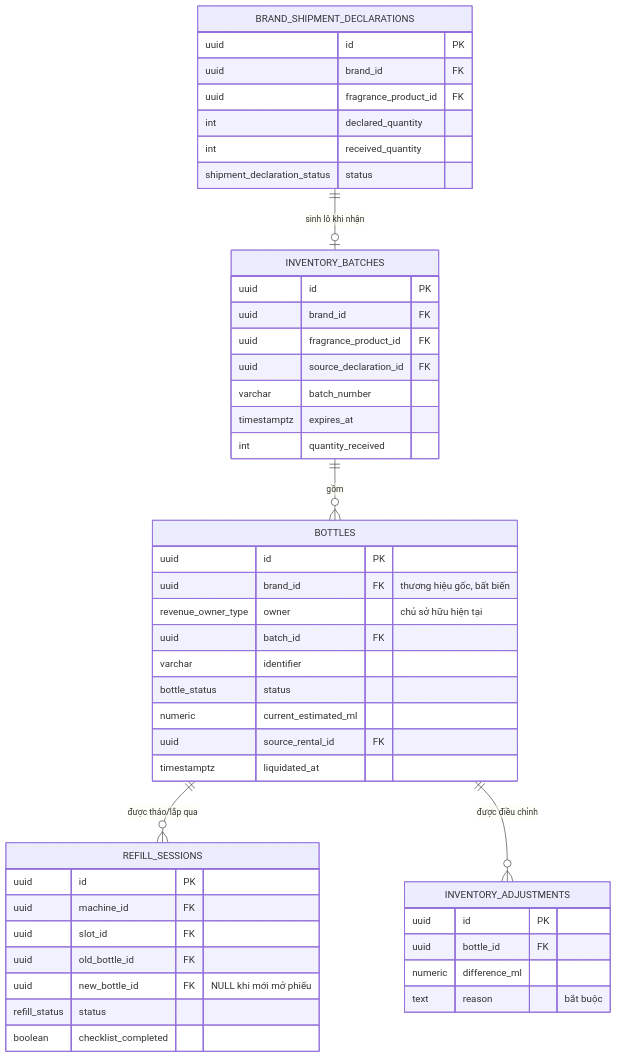
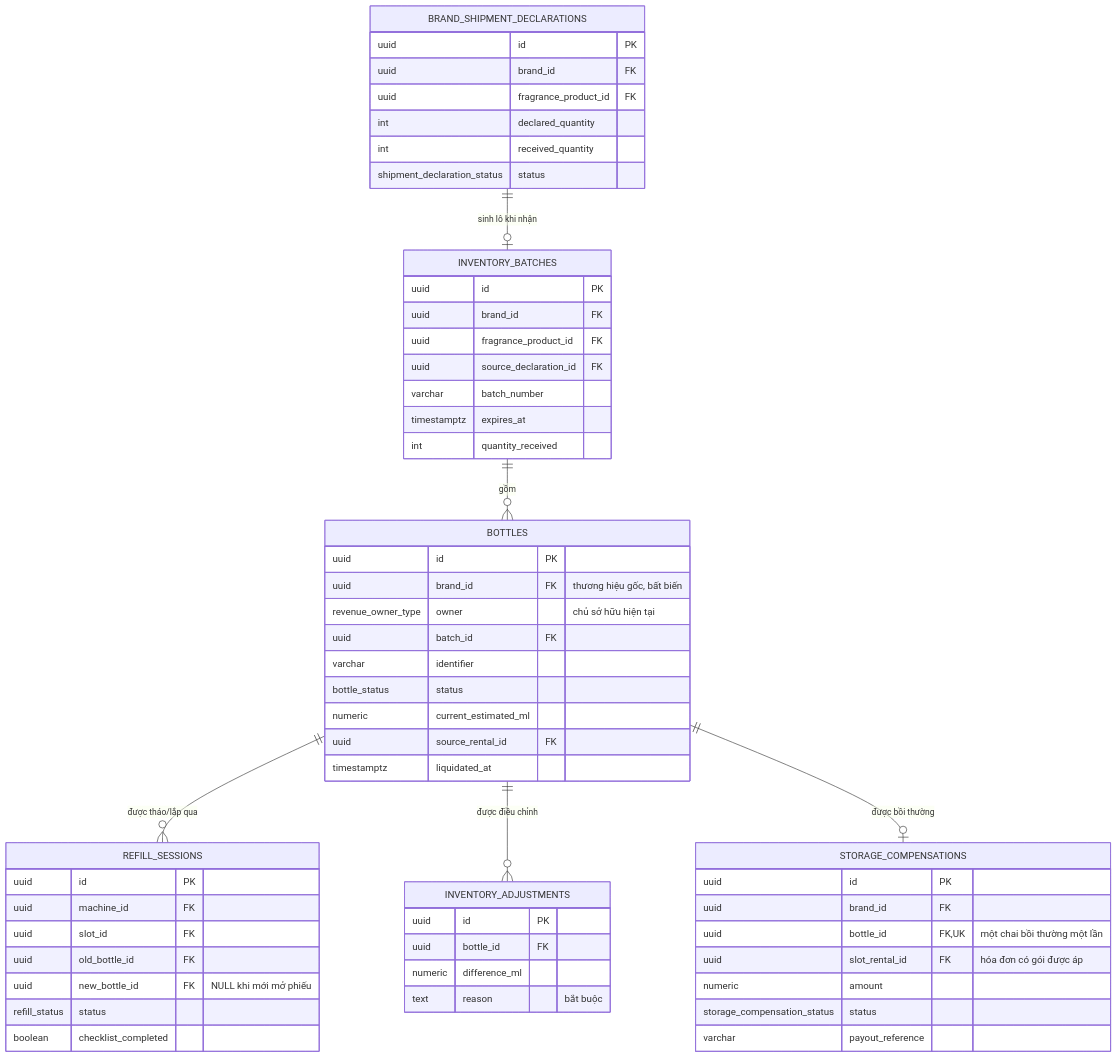
Before and after one commit to nhax-work/Muti-Brand_PerfumeIOT: the fourth of 7 diagrams in spec/contracts/erd.md, drawn with Mermaid. The commit also changed other lines of this file and 37 other files, not shown here.

Commit message:
chore: add initial project specifications, architecture docs, API contracts, and database migrations

````diff
--- a/spec/contracts/erd.md
+++ b/spec/contracts/erd.md
@@ -207,51 +243,61 @@
 ```mermaid
 erDiagram
     BRAND_SHIPMENT_DECLARATIONS {
         uuid id PK
         uuid brand_id FK
         uuid fragrance_product_id FK
         int declared_quantity
         int received_quantity
         shipment_declaration_status status
     }
     INVENTORY_BATCHES {
         uuid id PK
         uuid brand_id FK
         uuid fragrance_product_id FK
         uuid source_declaration_id FK
         varchar batch_number
         timestamptz expires_at
         int quantity_received
     }
     BOTTLES {
         uuid id PK
         uuid brand_id FK "thương hiệu gốc, bất biến"
         revenue_owner_type owner "chủ sở hữu hiện tại"
         uuid batch_id FK
         varchar identifier
         bottle_status status
         numeric current_estimated_ml
         uuid source_rental_id FK
         timestamptz liquidated_at
     }
     REFILL_SESSIONS {
         uuid id PK
         uuid machine_id FK
         uuid slot_id FK
         uuid old_bottle_id FK
         uuid new_bottle_id FK "NULL khi mới mở phiếu"
         refill_status status
         boolean checklist_completed
     }
     INVENTORY_ADJUSTMENTS {
         uuid id PK
         uuid bottle_id FK
         numeric difference_ml
         text reason "bắt buộc"
     }
+    STORAGE_COMPENSATIONS {
+        uuid id PK
+        uuid brand_id FK
+        uuid bottle_id FK,UK "một chai bồi thường một lần"
+        uuid slot_rental_id FK "hóa đơn có gói được áp"
+        numeric amount
+        storage_compensation_status status
+        varchar payout_reference
+    }
 
     BRAND_SHIPMENT_DECLARATIONS ||--o| INVENTORY_BATCHES : "sinh lô khi nhận"
     INVENTORY_BATCHES ||--o{ BOTTLES : "gồm"
     BOTTLES ||--o{ REFILL_SESSIONS : "được tháo/lắp qua"
     BOTTLES ||--o{ INVENTORY_ADJUSTMENTS : "được điều chỉnh"
+    BOTTLES ||--o| STORAGE_COMPENSATIONS : "được bồi thường"
 ```
````
